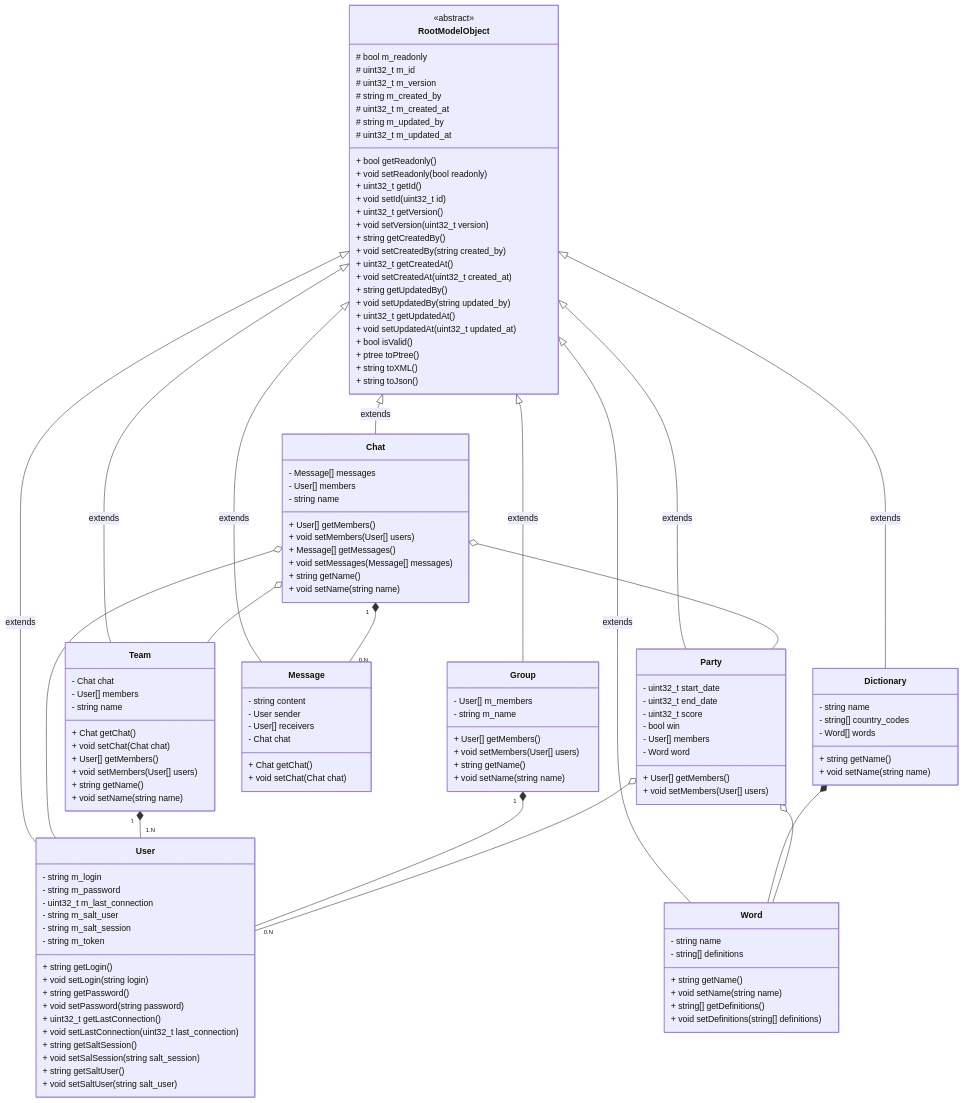
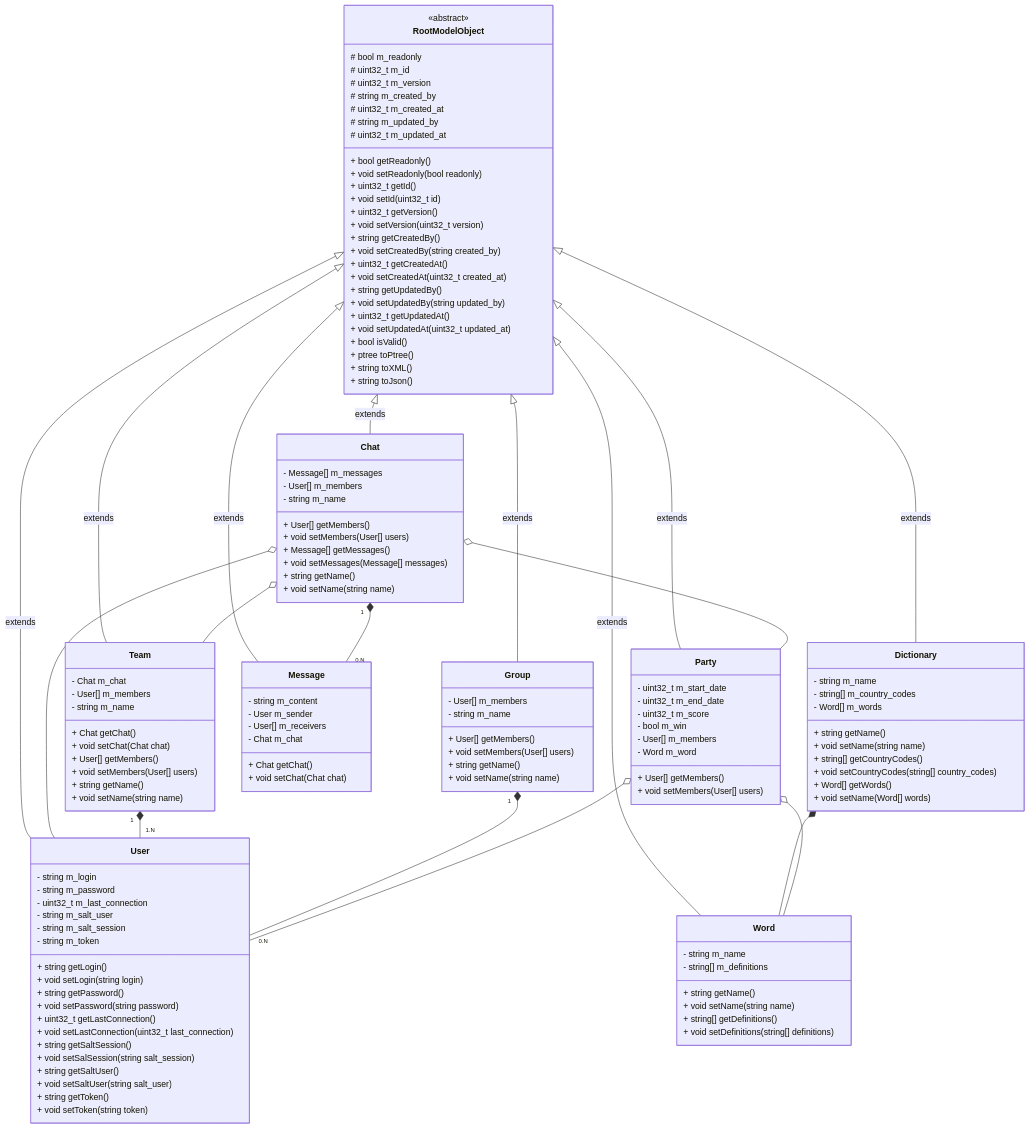
Before and after one commit to MGuillaumeF/hangman-game: the diagram in wiki/dev-rules.md, drawn with Mermaid.

```diff
--- a/wiki/dev-rules.md
+++ b/wiki/dev-rules.md
@@ -116,49 +116,55 @@
 User : + void setSalSession(string salt_session)
 User : + string getSaltUser()
 User : + void setSaltUser(string salt_user)
+User : + string getToken()
+User : + void setToken(string token)
 Group : - User[] m_members
 Group : - string m_name
 Group : + User[] getMembers()
 Group : + void setMembers(User[] users)
 Group : + string getName()
 Group : + void setName(string name)
-Dictionary : - string name
-Dictionary : - string[] country_codes
-Dictionary : - Word[] words
+Dictionary : - string m_name
+Dictionary : - string[] m_country_codes
+Dictionary : - Word[] m_words
 Dictionary : + string getName()
 Dictionary : + void setName(string name)
-Word : - string name
-Word : - string[] definitions
+Dictionary : + string[] getCountryCodes()
+Dictionary : + void setCountryCodes(string[] country_codes)
+Dictionary : + Word[] getWords()
+Dictionary : + void setName(Word[] words)
+Word : - string m_name
+Word : - string[] m_definitions
 Word : + string getName()
 Word : + void setName(string name)
 Word : + string[] getDefinitions()
 Word : + void setDefinitions(string[] definitions)
-Party : - uint32_t start_date
-Party : - uint32_t end_date
-Party : - uint32_t score
-Party : - bool win
-Party : - User[] members
-Party : - Word word
+Party : - uint32_t m_start_date
+Party : - uint32_t m_end_date
+Party : - uint32_t m_score
+Party : - bool m_win
+Party : - User[] m_members
+Party : - Word m_word
 Party : + User[] getMembers()
 Party : + void setMembers(User[] users)
-Message : - string content
-Message : - User sender
-Message : - User[] receivers
-Message : - Chat chat
+Message : - string m_content
+Message : - User m_sender
+Message : - User[] m_receivers
+Message : - Chat m_chat
 Message : + Chat getChat()
 Message : + void setChat(Chat chat)
-Chat : - Message[] messages
-Chat : - User[] members
-Chat : - string name
+Chat : - Message[] m_messages
+Chat : - User[] m_members
+Chat : - string m_name
 Chat : + User[] getMembers()
 Chat : + void setMembers(User[] users)
 Chat : + Message[] getMessages()
 Chat : + void setMessages(Message[] messages)
 Chat : + string getName()
 Chat : + void setName(string name)
-Team : - Chat chat
-Team : - User[] members
-Team : - string name
+Team : - Chat m_chat
+Team : - User[] m_members
+Team : - string m_name
 Team : + Chat getChat()
 Team : + void setChat(Chat chat)
 Team : + User[] getMembers()
```
